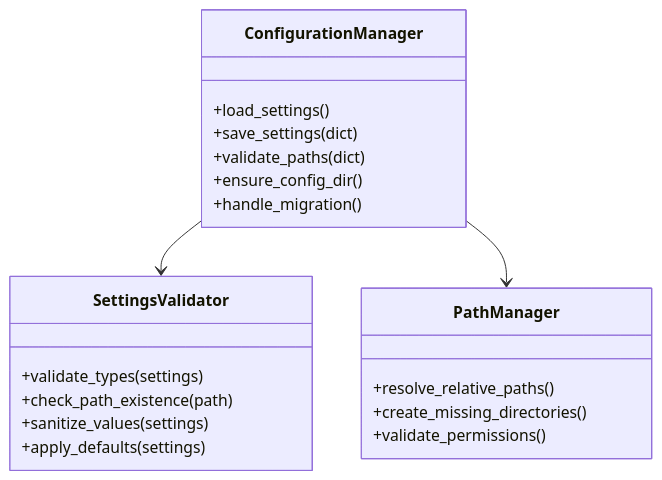
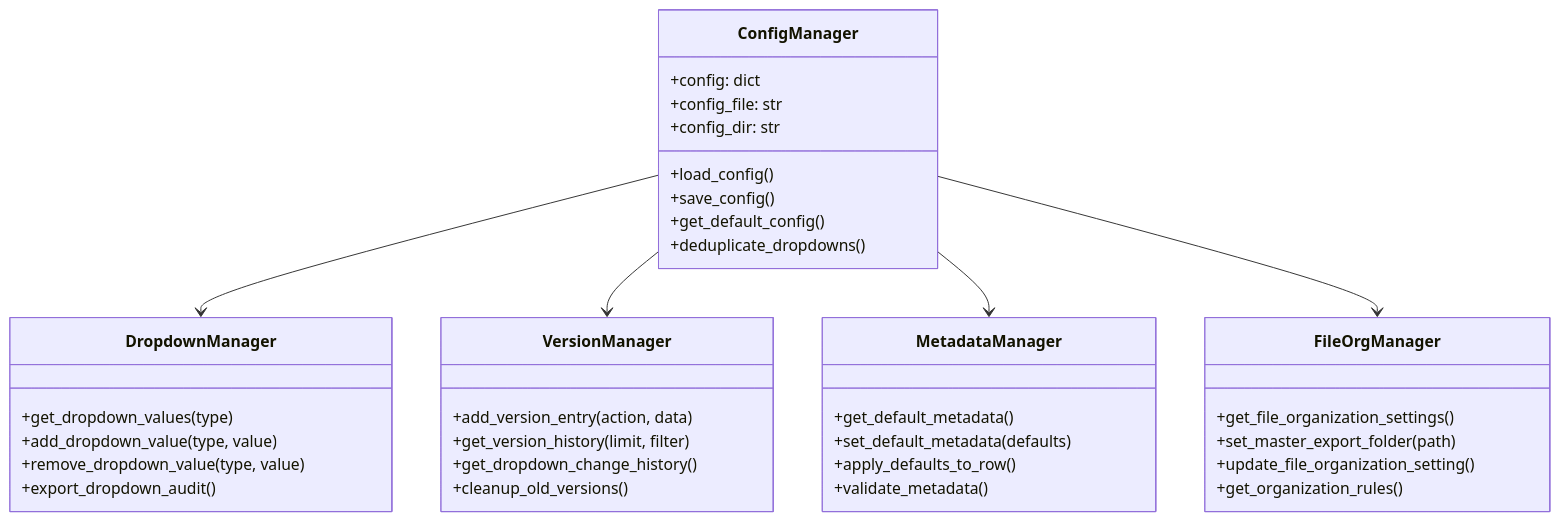
Before and after one commit to blakedemarest/BEDROT-Media-Suite: the eighth of 15 diagrams in ARCHITECTURE_DOCUMENTATION.md, drawn with Mermaid. The commit also changed other lines of this file and 54 other files, not shown here.

````diff
--- a/ARCHITECTURE_DOCUMENTATION.md
+++ b/ARCHITECTURE_DOCUMENTATION.md
@@ -360,26 +430,45 @@
 ```mermaid
 classDiagram
-    class ConfigurationManager {
-        +load_settings()
-        +save_settings(dict)
-        +validate_paths(dict)
-        +ensure_config_dir()
-        +handle_migration()
+    class ConfigManager {
+        +config: dict
+        +config_file: str
+        +config_dir: str
+        +load_config()
+        +save_config()
+        +get_default_config()
+        +deduplicate_dropdowns()
     }
     
-    class SettingsValidator {
-        +validate_types(settings)
-        +check_path_existence(path)
-        +sanitize_values(settings)
-        +apply_defaults(settings)
+    class DropdownManager {
+        +get_dropdown_values(type)
+        +add_dropdown_value(type, value)
+        +remove_dropdown_value(type, value)
+        +export_dropdown_audit()
     }
     
-    class PathManager {
-        +resolve_relative_paths()
-        +create_missing_directories()
-        +validate_permissions()
+    class VersionManager {
+        +add_version_entry(action, data)
+        +get_version_history(limit, filter)
+        +get_dropdown_change_history()
+        +cleanup_old_versions()
     }
     
-    ConfigurationManager --> SettingsValidator
-    ConfigurationManager --> PathManager
+    class MetadataManager {
+        +get_default_metadata()
+        +set_default_metadata(defaults)
+        +apply_defaults_to_row()
+        +validate_metadata()
+    }
+    
+    class FileOrgManager {
+        +get_file_organization_settings()
+        +set_master_export_folder(path)
+        +update_file_organization_setting()
+        +get_organization_rules()
+    }
+    
+    ConfigManager --> DropdownManager
+    ConfigManager --> VersionManager
+    ConfigManager --> MetadataManager
+    ConfigManager --> FileOrgManager
 ```
````
